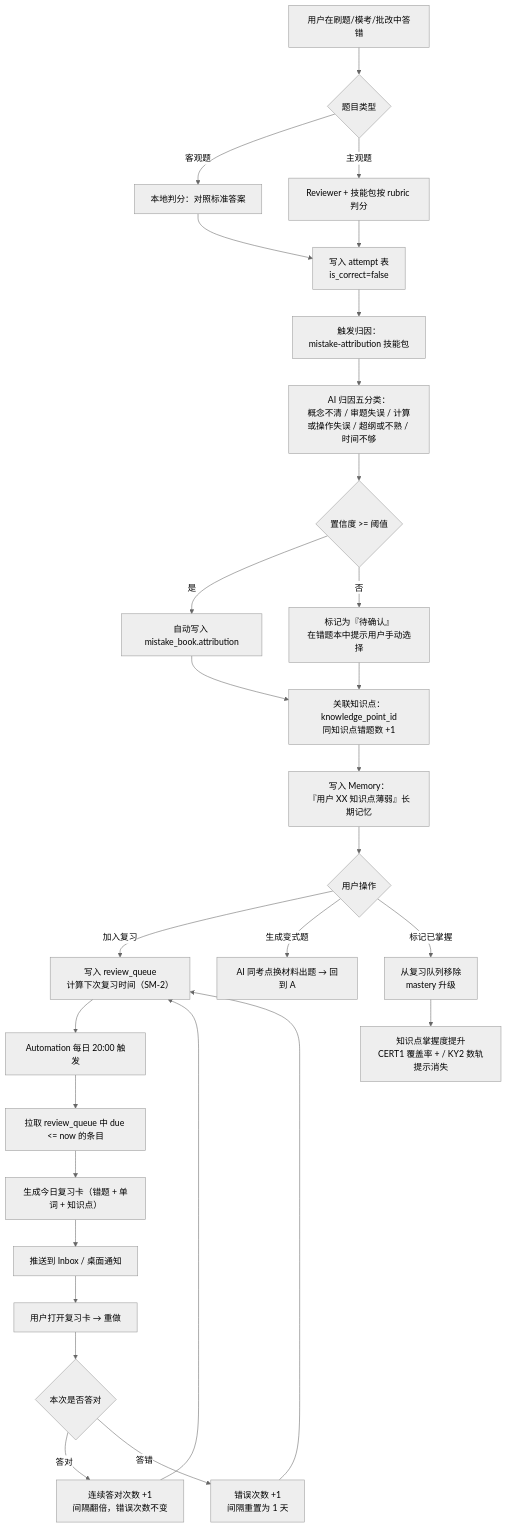
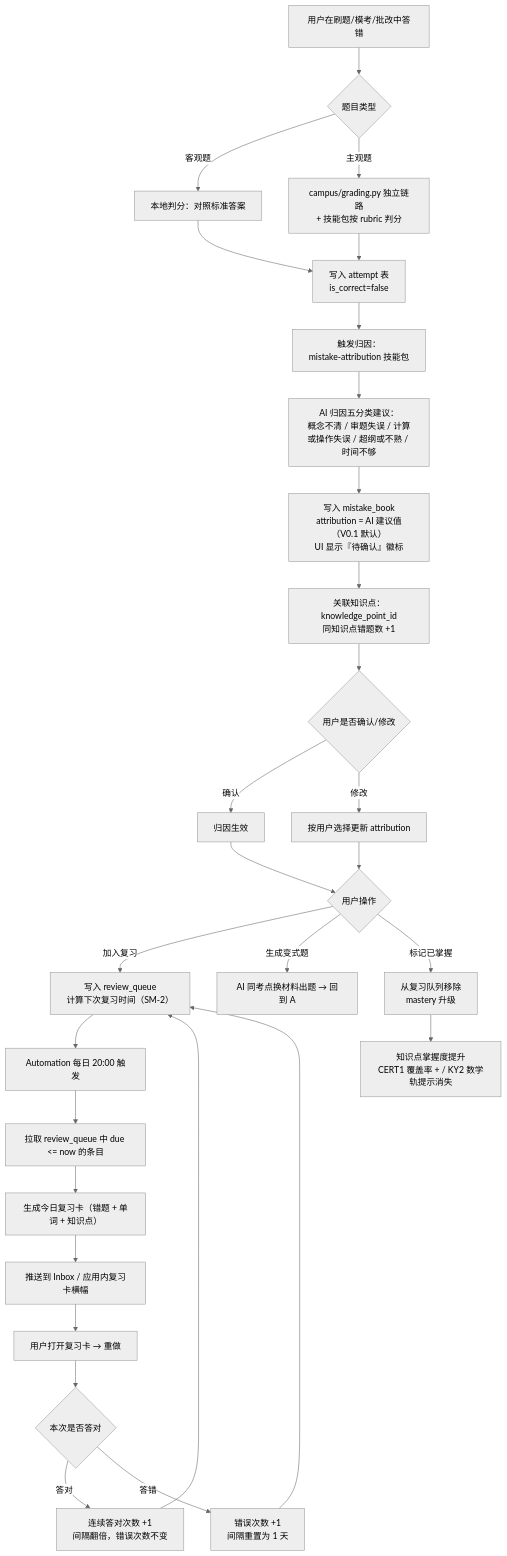
The third of 5 diagrams in docs/PRD-CampusLearning.md (light-misty/Stealth-Study), drawn with Mermaid (neutral theme) before and after one commit. The commit also changed other lines of this file, not shown here.

Commit message:
docs(campus): PRD升版v1.2统一KY-03看板口径并收尾v1.1修订

````diff
--- a/docs/PRD-CampusLearning.md
+++ b/docs/PRD-CampusLearning.md
@@ -1122,31 +1160,31 @@
 ```mermaid
 flowchart TD
     A["用户在刷题/模考/批改中答错"] --> B{"题目类型"}
     B -->|"客观题"| C["本地判分：对照标准答案"]
-    B -->|"主观题"| D["Reviewer + 技能包按 rubric 判分"]
+    B -->|"主观题"| D["campus/grading.py 独立链路<br/>+ 技能包按 rubric 判分"]
     C --> E["写入 attempt 表<br/>is_correct=false"]
     D --> E
     E --> F["触发归因：<br/>mistake-attribution 技能包"]
-    F --> G["AI 归因五分类：<br/>概念不清 / 审题失误 / 计算或操作失误 / 超纲或不熟 / 时间不够"]
-    G --> H{"置信度 >= 阈值"}
-    H -->|"是"| I["自动写入 mistake_book.attribution"]
-    H -->|"否"| J["标记为『待确认』<br/>在错题本中提示用户手动选择"]
+    F --> G["AI 归因五分类建议：<br/>概念不清 / 审题失误 / 计算或操作失误 / 超纲或不熟 / 时间不够"]
+    G --> I["写入 mistake_book<br/>attribution = AI 建议值（V0.1 默认）<br/>UI 显示『待确认』徽标"]
     I --> K["关联知识点：knowledge_point_id<br/>同知识点错题数 +1"]
-    J --> K
-    K --> L["写入 Memory：<br/>『用户 XX 知识点薄弱』长期记忆"]
+    K --> K2{"用户是否确认/修改"}
+    K2 -->|"确认"| L["归因生效"]
+    K2 -->|"修改"| L2["按用户选择更新 attribution"]
     L --> M{"用户操作"}
+    L2 --> M
     M -->|"加入复习"| N["写入 review_queue<br/>计算下次复习时间（SM-2）"]
     M -->|"生成变式题"| O["AI 同考点换材料出题 → 回到 A"]
     M -->|"标记已掌握"| P["从复习队列移除<br/>mastery 升级"]
     N --> Q["Automation 每日 20:00 触发"]
     Q --> R["拉取 review_queue 中 due <= now 的条目"]
     R --> S["生成今日复习卡（错题 + 单词 + 知识点）"]
-    S --> T["推送到 Inbox / 桌面通知"]
+    S --> T["推送到 Inbox / 应用内复习卡横幅"]
     T --> U["用户打开复习卡 → 重做"]
     U --> V{"本次是否答对"}
     V -->|"答对"| W["连续答对次数 +1<br/>间隔翻倍，错误次数不变"]
     V -->|"答错"| X["错误次数 +1<br/>间隔重置为 1 天"]
     W --> N
     X --> N
-    P --> Y["知识点掌握度提升<br/>CERT1 覆盖率 + / KY2 数轨提示消失"]
+    P --> Y["知识点掌握度提升<br/>CERT1 覆盖率 + / KY2 数学轨提示消失"]
 ```
````
